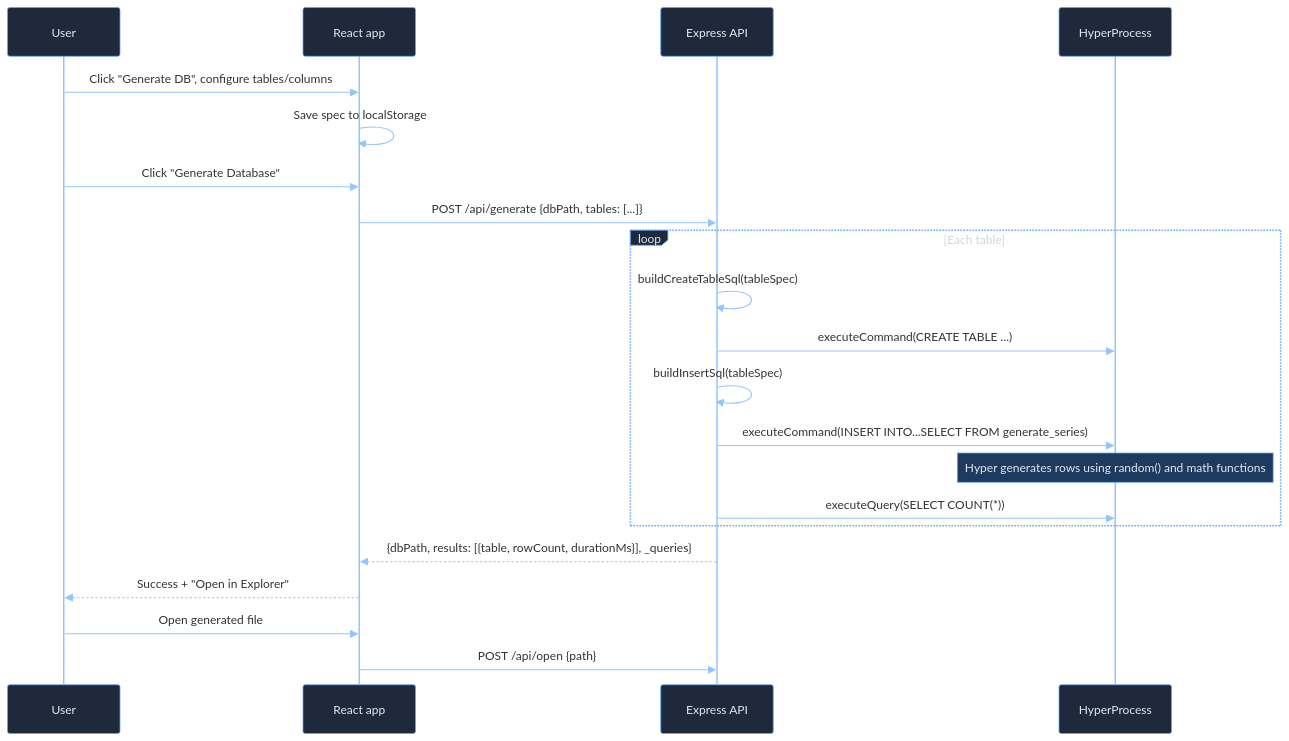
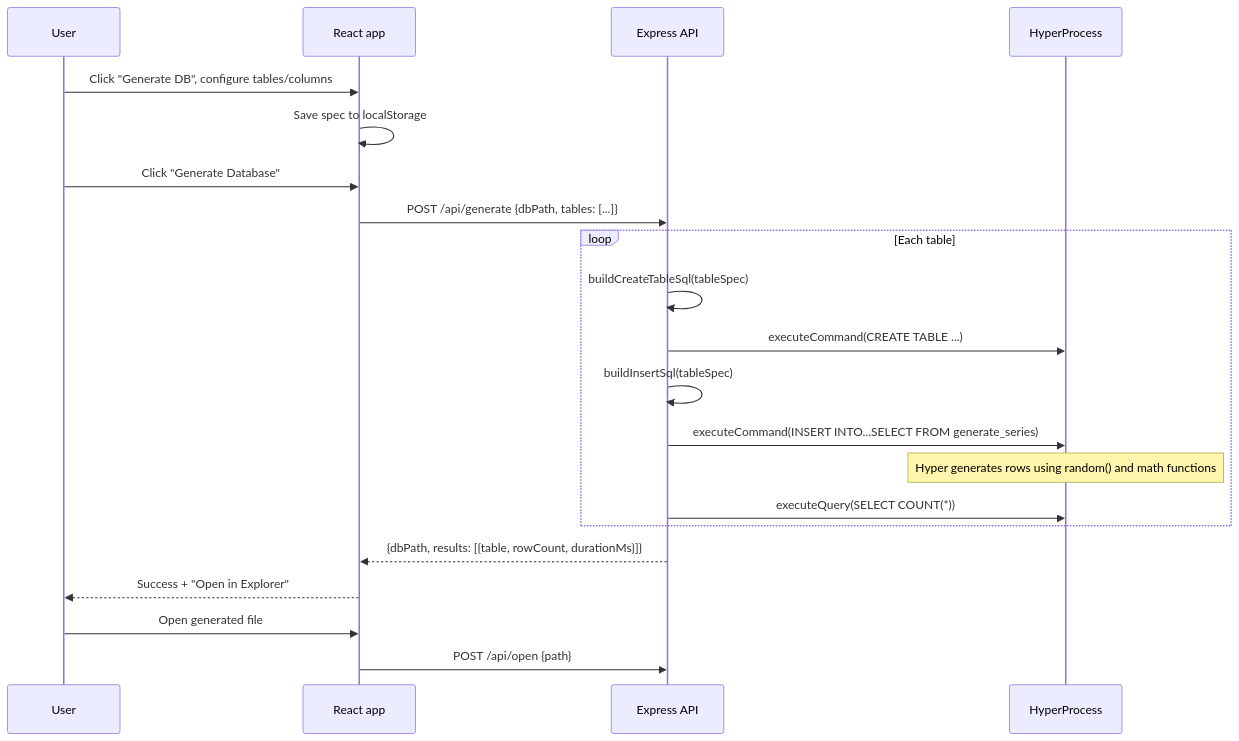
Before and after one commit to StefanSteiner/hyper-api-rust: the fourth of 4 diagrams in hyperdb-api-node/examples/hyper-explorer/README.md, drawn with Mermaid. The commit also changed other lines of this file and 269 other files, not shown here.

````diff
--- a/hyperdb-api-node/examples/hyper-explorer/README.md
+++ b/hyperdb-api-node/examples/hyper-explorer/README.md
@@ -185,25 +182,24 @@
 ```mermaid
-%%{init: {'theme': 'base', 'themeVariables': { 'lineColor': '#93c5fd', 'signalColor': '#93c5fd', 'actorLineColor': '#93c5fd', 'actorBorder': '#60a5fa', 'actorBkg': '#1e293b', 'actorTextColor': '#e2e8f0', 'loopTextColor': '#cbd5e1', 'noteBkgColor': '#1e3a5f', 'noteTextColor': '#e2e8f0', 'noteBorderColor': '#60a5fa', 'activationBkgColor': '#334155', 'activationBorderColor': '#60a5fa', 'sequenceNumberColor': '#93c5fd' }}}%%
 sequenceDiagram
     participant U as User
     participant R as React app
     participant E as Express API
     participant H as HyperProcess
 
     U->>R: Click "Generate DB", configure tables/columns
     R->>R: Save spec to localStorage
     U->>R: Click "Generate Database"
     R->>E: POST /api/generate {dbPath, tables: [...]}
     loop Each table
         E->>E: buildCreateTableSql(tableSpec)
         E->>H: executeCommand(CREATE TABLE ...)
         E->>E: buildInsertSql(tableSpec)
         E->>H: executeCommand(INSERT INTO...SELECT FROM generate_series)
         Note over H: Hyper generates rows using random() and math functions
         E->>H: executeQuery(SELECT COUNT(*))
     end
-    E-->>R: {dbPath, results: [{table, rowCount, durationMs}], _queries}
+    E-->>R: {dbPath, results: [{table, rowCount, durationMs}]}
     R-->>U: Success + "Open in Explorer"
     U->>R: Open generated file
     R->>E: POST /api/open {path}
 ```
````
